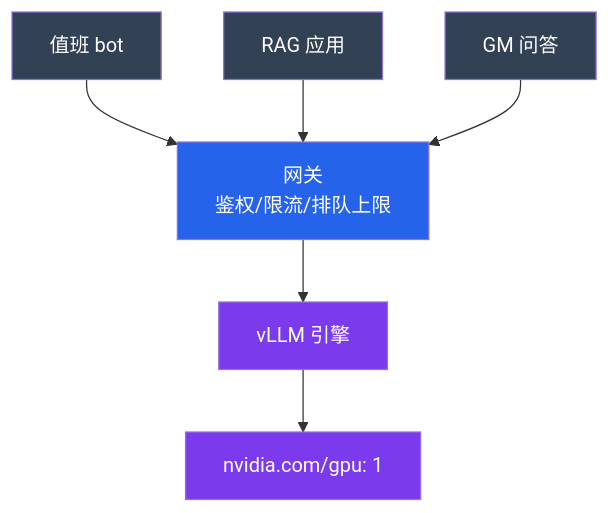
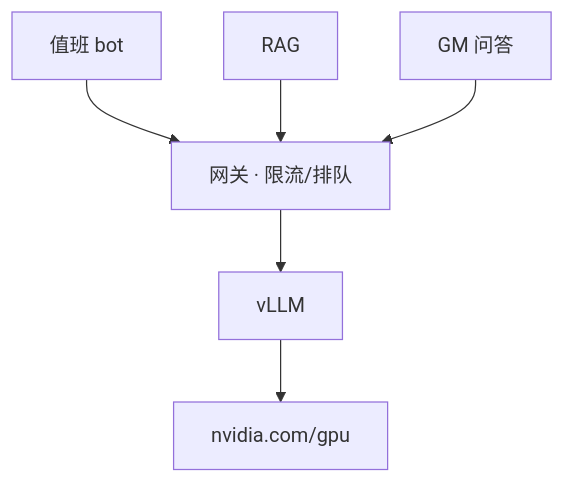
One commit to ml-cuizijun/LearnToLilith changed the third of 5 diagrams in 09-AI与智能运维/08-GPU与推理服务运维/知识点.md. Above: the diagram before and after it, drawn with Mermaid. The commit also changed other lines of this file and 107 other files, not shown here.

````diff
--- a/09-AI与智能运维/08-GPU与推理服务运维/知识点.md
+++ b/09-AI与智能运维/08-GPU与推理服务运维/知识点.md
@@ -203,18 +240,7 @@
 ```mermaid
 flowchart TB
-    classDef c fill:#334155,color:#fff
-    classDef g fill:#2563EB,color:#fff
-    classDef e fill:#7C3AED,color:#fff
-
-    BOT["值班 bot"]:::c
-    RAG["RAG 应用"]:::c
-    GM["GM 问答"]:::c
-    GW["网关<br/>鉴权/限流/排队上限"]:::g
-    ENG["vLLM 引擎"]:::e
-    GPU["nvidia.com/gpu: 1"]:::e
-
-    BOT --> GW
-    RAG --> GW
-    GM --> GW
-    GW --> ENG --> GPU
+    BOT["值班 bot"] --> GW["网关 · 限流/排队"]
+    RAG["RAG"] --> GW
+    GM["GM 问答"] --> GW
+    GW --> ENG["vLLM"] --> GPU["nvidia.com/gpu"]
 ```
````
